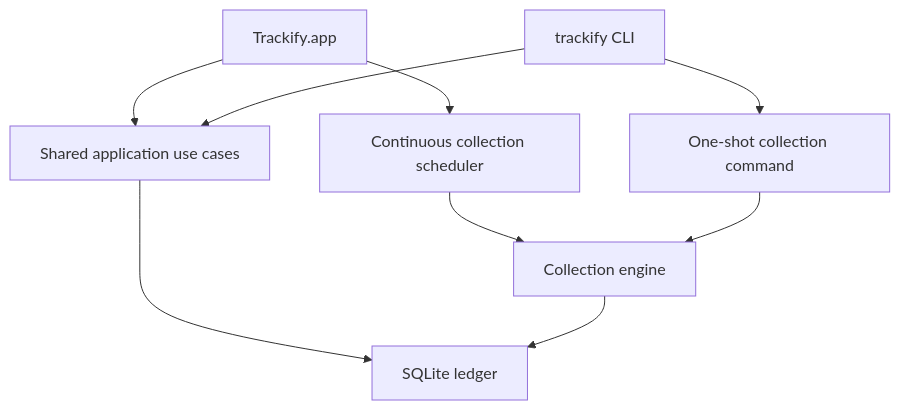
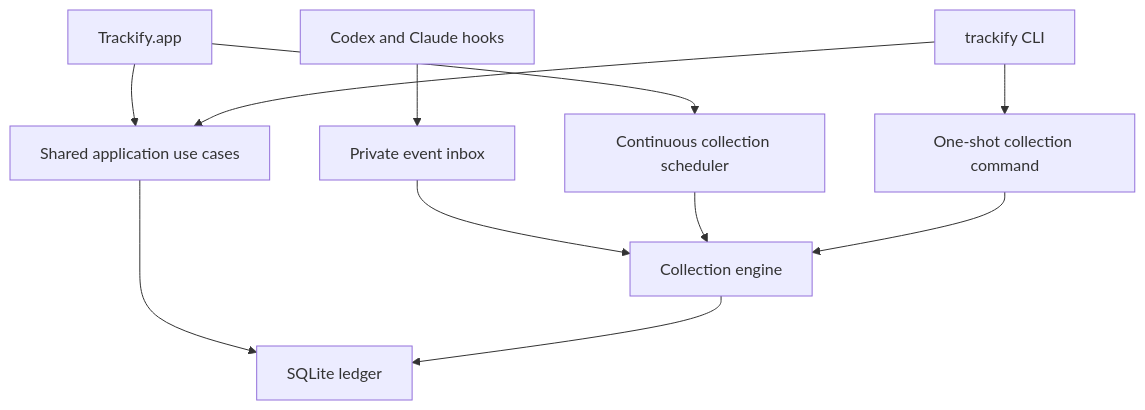
The first of 2 diagrams in docs/DESIGN.md (vucinatim/trackify), drawn with Mermaid before and after one commit. The commit also changed other lines of this file and 106 other files, not shown here.

````diff
--- a/docs/DESIGN.md
+++ b/docs/DESIGN.md
@@ -272,12 +229,14 @@
 ```mermaid
 flowchart TD
     A["Trackify.app"] --> U["Shared application use cases"]
     B["trackify CLI"] --> U
+    H["Codex and Claude hooks"] --> I["Private event inbox"]
+    I --> E["Collection engine"]
     U --> S["SQLite ledger"]
 
     A --> C["Continuous collection scheduler"]
     B --> O["One-shot collection command"]
     C --> E["Collection engine"]
     O --> E
     E --> S
 ```
````
